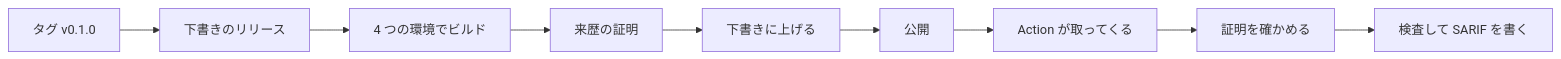
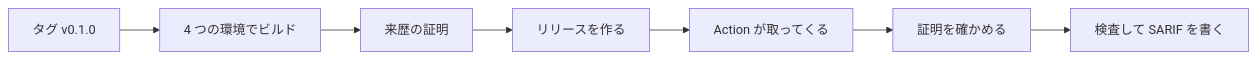
The diagram in docs/adr/0017-action-distribution.md (h11roki/sekimori), drawn with Mermaid before and after one commit. The commit also changed other lines of this file, not shown here.

````diff
--- a/docs/adr/0017-action-distribution.md
+++ b/docs/adr/0017-action-distribution.md
@@ -60,11 +65,9 @@
 ```mermaid
 flowchart LR
-  T[タグ v0.1.0] --> D[下書きのリリース]
-  D --> B[4 つの環境でビルド]
+  T[タグ v0.1.0] --> B[4 つの環境でビルド]
   B --> A[来歴の証明]
-  A --> U[下書きに上げる]
-  U --> P[公開]
+  A --> P[リリースを作る]
   P --> G[Action が取ってくる]
   G --> V[証明を確かめる]
   V --> R[検査して SARIF を書く]
 ```
````
